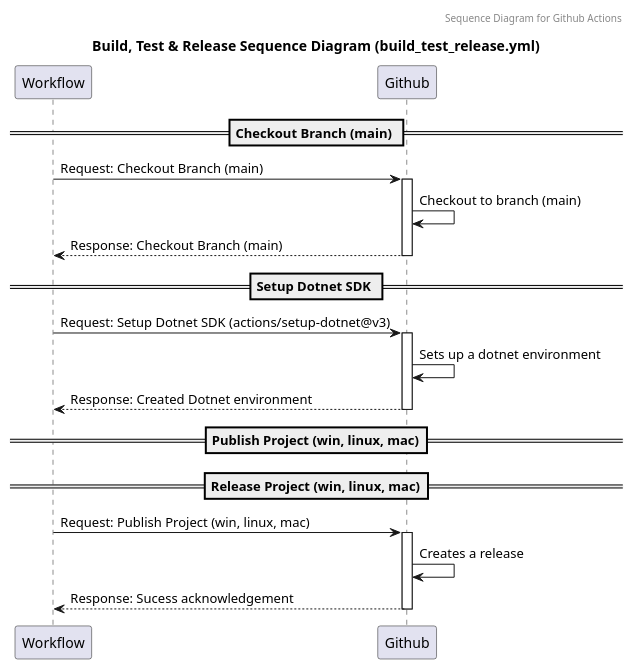
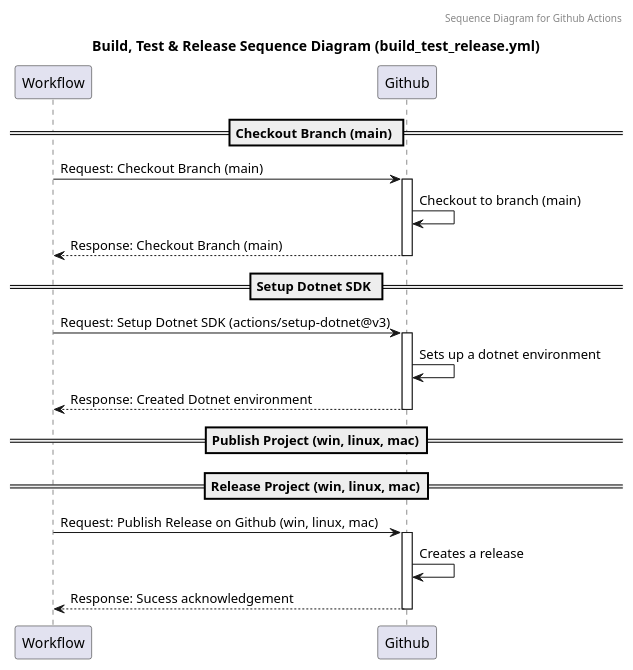
One commit to ITU-BDSA23-GROUP10/Chirp changed the diagram in docs/report_diagrams/UML_sequence_diagrams/build_test_release_UML_seq.puml. Above: the diagram before and after it, drawn with PlantUML. The commit also changed 9 other files, not shown here.

Commit message:
Added a bunch more to the report in my sections. Going to finish up the last UML diagrams and insert them later

```diff
--- a/docs/report_diagrams/UML_sequence_diagrams/build_test_release_UML_seq.puml
+++ b/docs/report_diagrams/UML_sequence_diagrams/build_test_release_UML_seq.puml
@@ -1,27 +1,27 @@
 @startuml
 header Sequence Diagram for Github Actions
 title Build, Test & Release Sequence Diagram (build_test_release.yml)
 
 == Checkout Branch (main) ==
 Workflow -> Github: Request: Checkout Branch (main)
 activate Github
 Github -> Github: Checkout to branch (main)
 return Response: Checkout Branch (main)
 
 == Setup Dotnet SDK ==
 
 Workflow -> Github: Request: Setup Dotnet SDK (actions/setup-dotnet@v3)
 activate Github
 Github -> Github: Sets up a dotnet environment
 return Response: Created Dotnet environment
 
 == Publish Project (win, linux, mac)==
 
 == Release Project (win, linux, mac)==
 
-Workflow -> Github: Request: Publish Project (win, linux, mac)
+Workflow -> Github: Request: Publish Release on Github (win, linux, mac)
 activate Github
 Github -> Github: Creates a release
 return Response: Sucess acknowledgement
 
 @enduml
```
